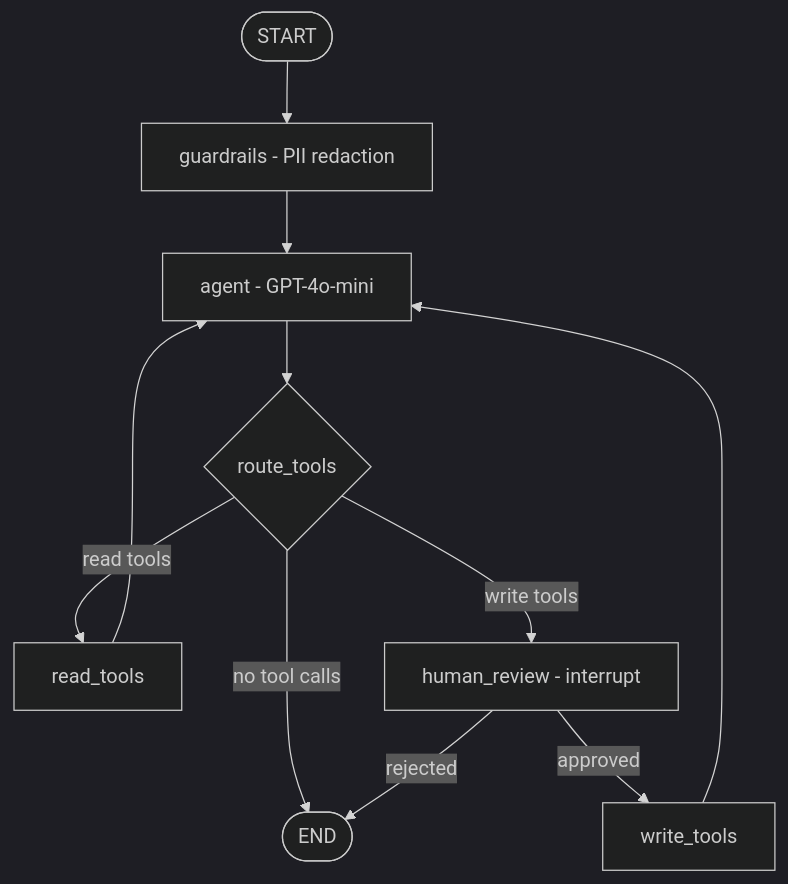
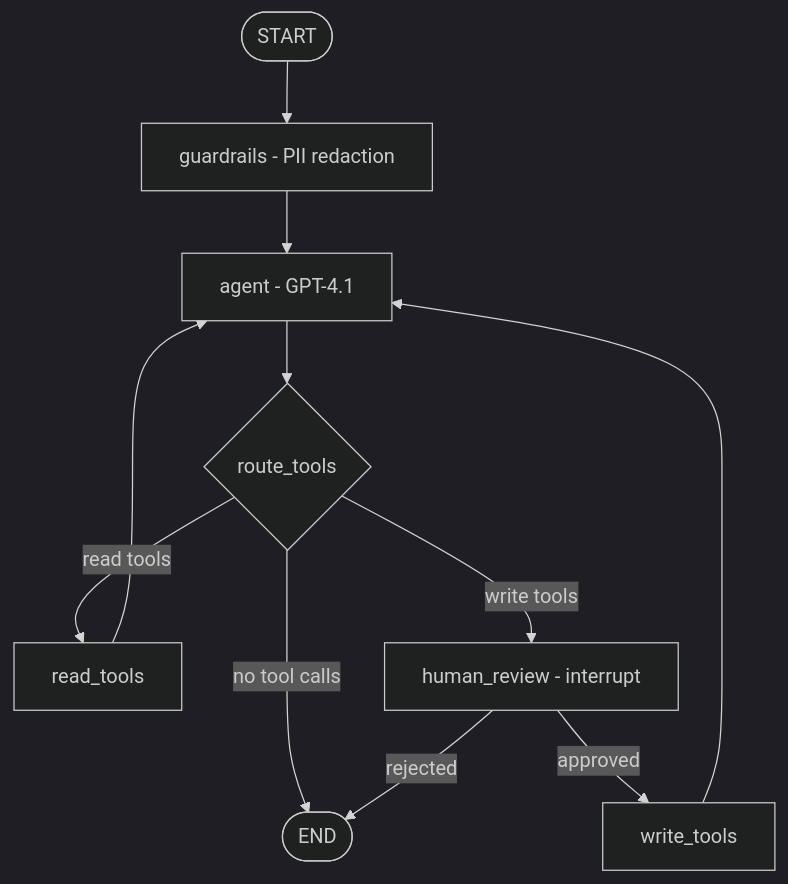
Before and after one commit to jsmolio/wedding-planner: the diagram in README.md, drawn with Mermaid (dark theme). The commit also changed other lines of this file and 24 other files, not shown here.

````diff
--- a/README.md
+++ b/README.md
@@ -70,13 +70,13 @@
 ```mermaid
 graph TD
     START([START]) --> guardrails[guardrails - PII redaction]
-    guardrails --> agent[agent - GPT-4o-mini]
+    guardrails --> agent[agent - GPT-4.1]
     agent --> route{route_tools}
     route -->|no tool calls| END([END])
     route -->|read tools| read_tools[read_tools]
     route -->|write tools| human_review[human_review - interrupt]
     read_tools --> agent
     human_review -->|approved| write_tools[write_tools]
     human_review -->|rejected| END
     write_tools --> agent
 ```
````
